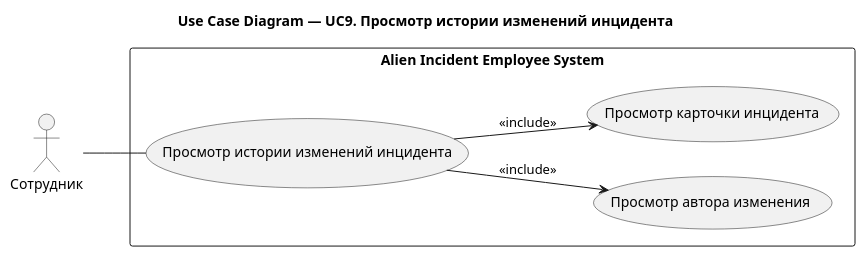
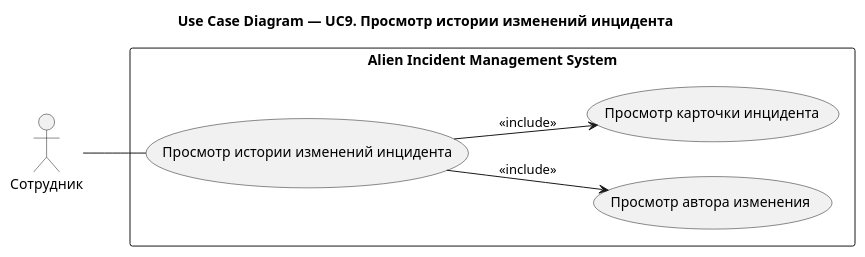
The first of 2 diagrams in docs/use-case/UC9.md (Andryss/AIMS), drawn with PlantUML before and after one commit. The commit also changed other lines of this file and 3 other files, not shown here.

````diff
--- a/docs/use-case/UC9.md
+++ b/docs/use-case/UC9.md
@@ -42,23 +45,23 @@
 ```plantuml
 @startuml
 title Use Case Diagram — UC9. Просмотр истории изменений инцидента
 left to right direction
 
 actor "Сотрудник" as Employee
 
-rectangle "Alien Incident Employee System" {
+rectangle "Alien Incident Management System" {
 
 (Просмотр истории изменений инцидента) as UC11
 
 (Просмотр автора изменения) as UC113
 (Просмотр карточки инцидента) as UC111
 
 }
 
 Employee -- UC11
 
 UC11 --> UC111 : <<include>>
 UC11 --> UC113 : <<include>>
 
 @enduml
 ```
````
